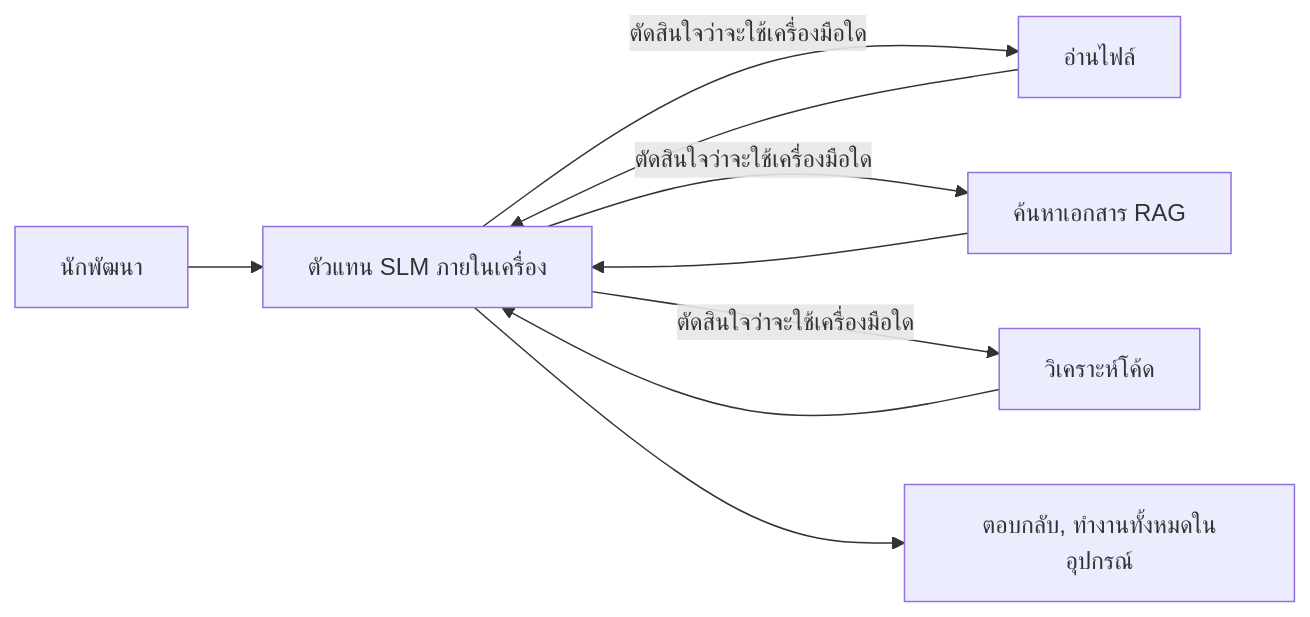
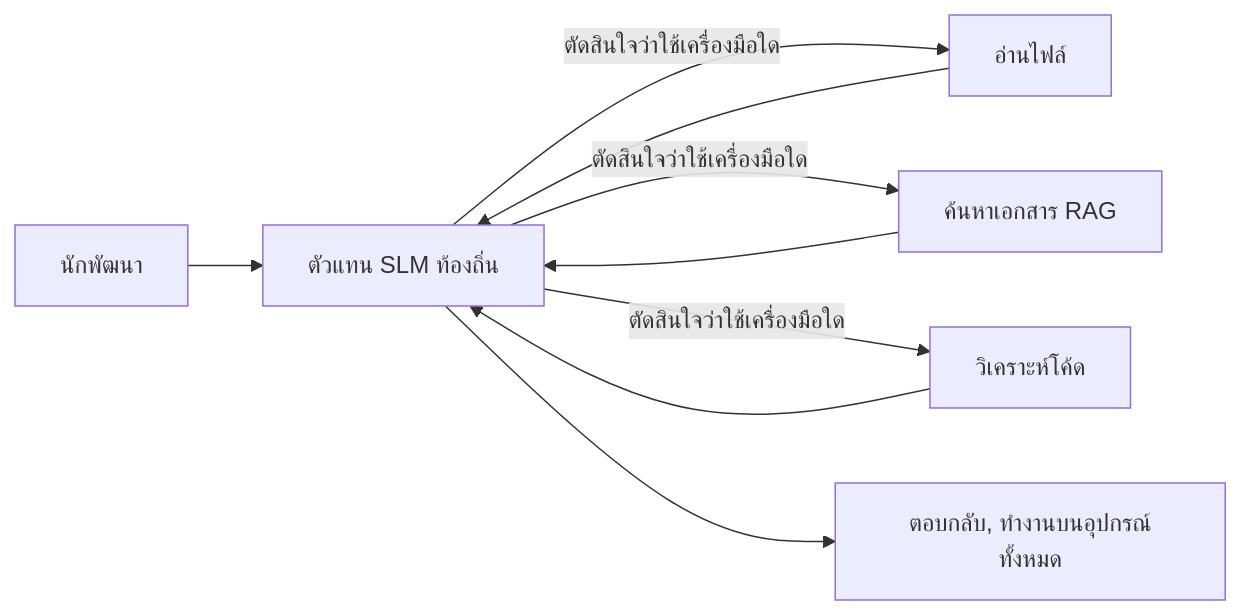
Before and after one commit to microsoft/ai-agents-for-beginners: the first of 4 diagrams in translations/th/17-creating-local-ai-agents/README.md, drawn with Mermaid. The commit also changed other lines of this file and 46 other files, not shown here.

````diff
--- a/translations/th/17-creating-local-ai-agents/README.md
+++ b/translations/th/17-creating-local-ai-agents/README.md
@@ -66,11 +66,11 @@
 ```mermaid
 flowchart LR
-    U[นักพัฒนา] --> A[ตัวแทน SLM ภายในเครื่อง]
-    A -->|ตัดสินใจว่าจะใช้เครื่องมือใด| T1[อ่านไฟล์]
-    A -->|ตัดสินใจว่าจะใช้เครื่องมือใด| T2[ค้นหาเอกสาร RAG]
-    A -->|ตัดสินใจว่าจะใช้เครื่องมือใด| T3[วิเคราะห์โค้ด]
+    U[นักพัฒนา] --> A[ตัวแทน SLM ท้องถิ่น]
+    A -->|ตัดสินใจว่าใช้เครื่องมือใด| T1[อ่านไฟล์]
+    A -->|ตัดสินใจว่าใช้เครื่องมือใด| T2[ค้นหาเอกสาร RAG]
+    A -->|ตัดสินใจว่าใช้เครื่องมือใด| T3[วิเคราะห์โค้ด]
     T1 --> A
     T2 --> A
     T3 --> A
-    A --> R[ตอบกลับ, ทำงานทั้งหมดในอุปกรณ์]
+    A --> R[ตอบกลับ, ทำงานบนอุปกรณ์ทั้งหมด]
 ```
````
